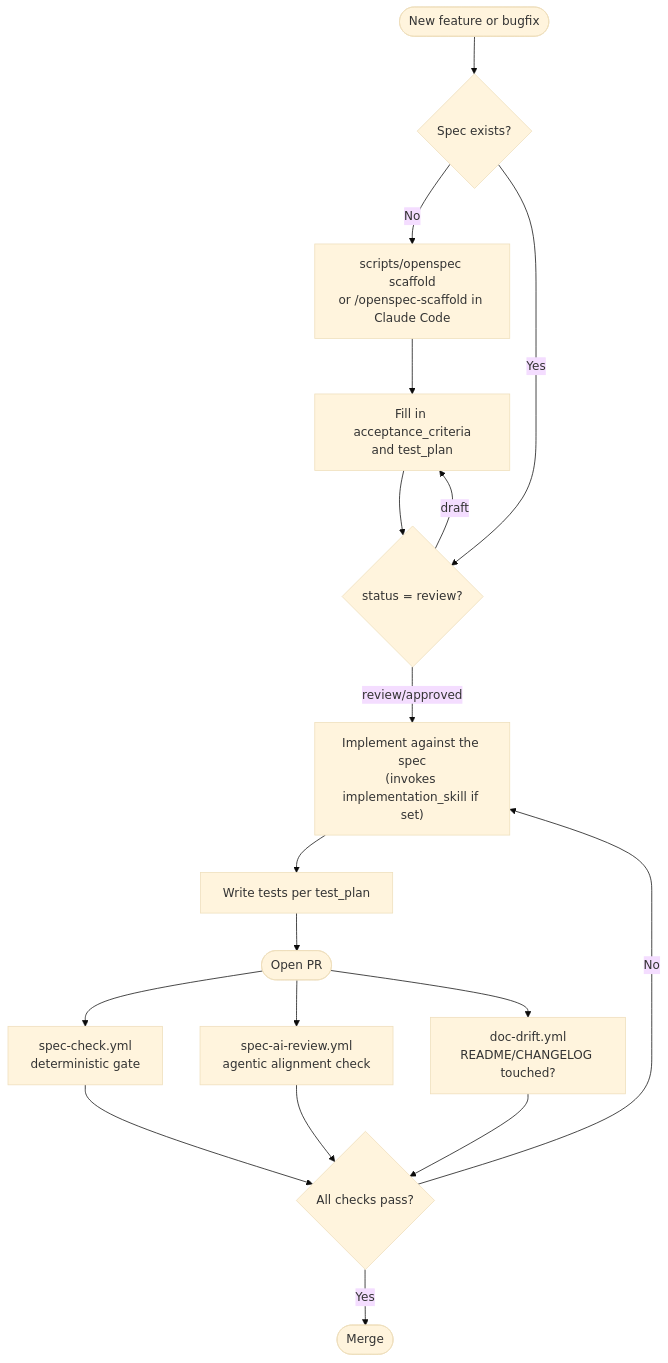
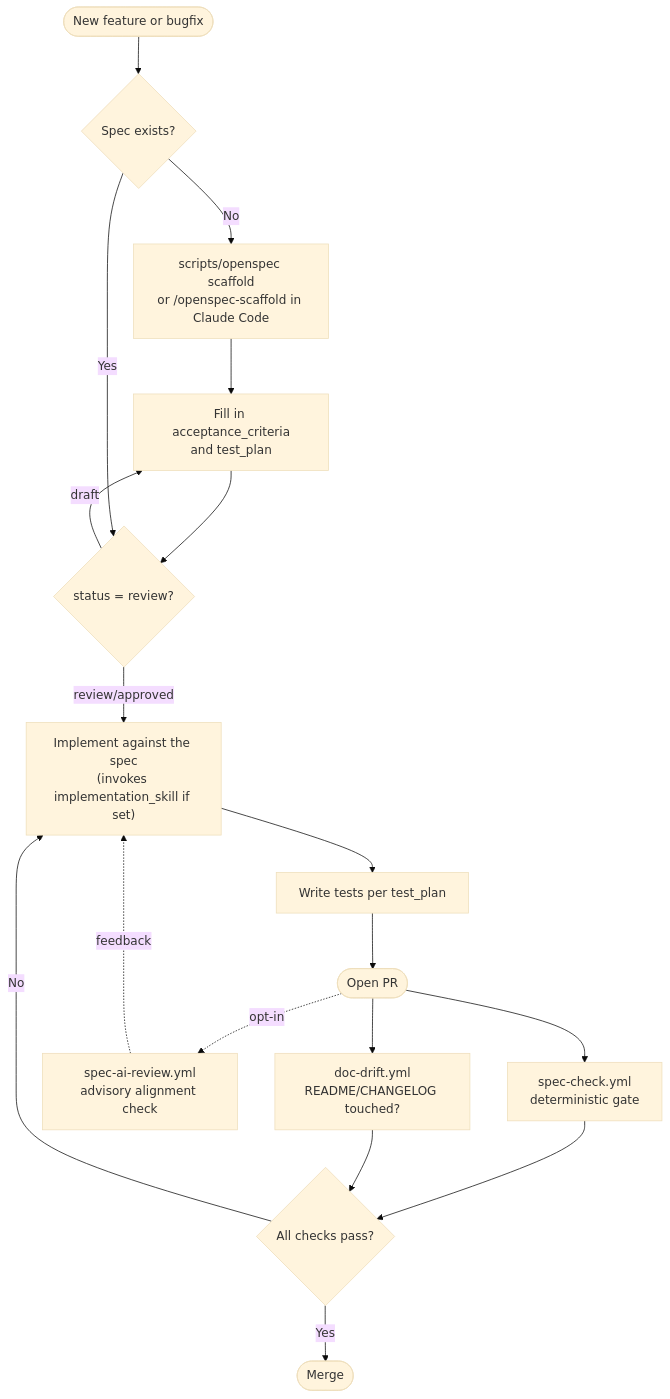
One commit to arananet/openspec-template changed the first of 3 diagrams in docs/OPENSPEC.md. Above: the diagram before and after it, drawn with Mermaid (base theme). The commit also changed other lines of this file and 30 other files, not shown here.

````diff
--- a/docs/OPENSPEC.md
+++ b/docs/OPENSPEC.md
@@ -16,20 +20,20 @@
 ```mermaid
 flowchart TD
     A([New feature or bugfix]) --> B{Spec exists?}
     B -- No --> C["scripts/openspec scaffold<br/>or /openspec-scaffold in Claude Code"]
     C --> D[Fill in acceptance_criteria<br/>and test_plan]
     D --> E{status = review?}
     B -- Yes --> E
     E -- draft --> D
     E -- review/approved --> F["Implement against the spec<br/>(invokes implementation_skill if set)"]
     F --> G[Write tests per test_plan]
     G --> H([Open PR])
     H --> I[spec-check.yml<br/>deterministic gate]
-    H --> J[spec-ai-review.yml<br/>agentic alignment check]
+    H -. opt-in .-> J[spec-ai-review.yml<br/>advisory alignment check]
     H --> K[doc-drift.yml<br/>README/CHANGELOG touched?]
     I --> L{All checks pass?}
-    J --> L
+    J -. feedback .-> F
     K --> L
     L -- No --> F
     L -- Yes --> M([Merge])
 ```
````
